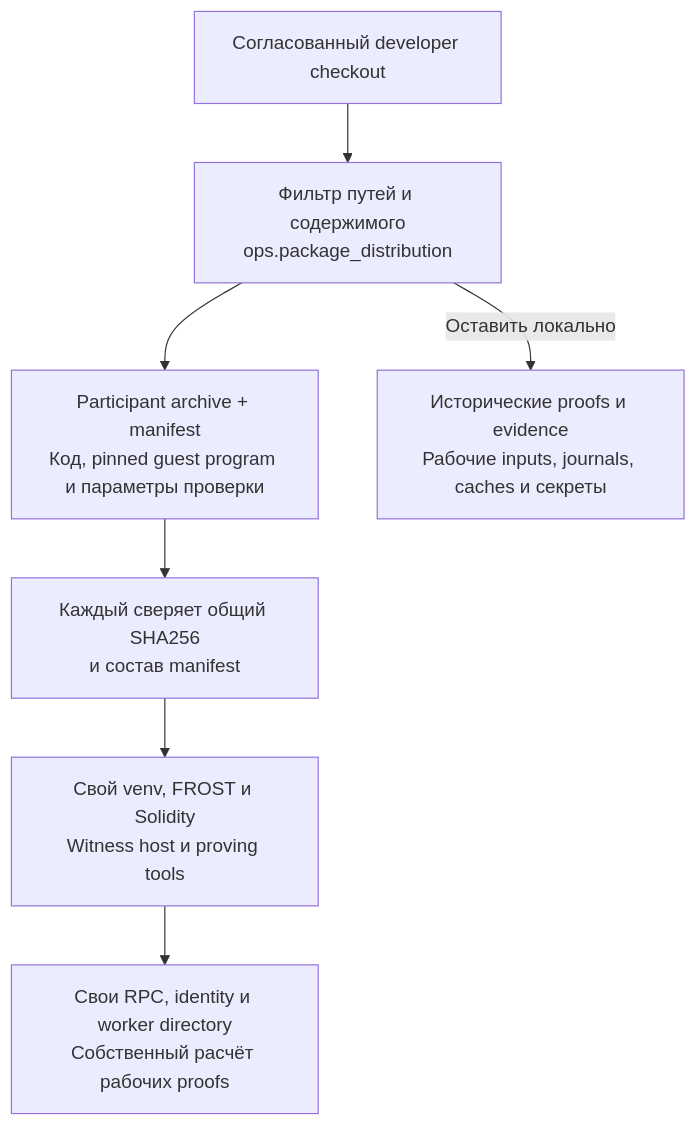
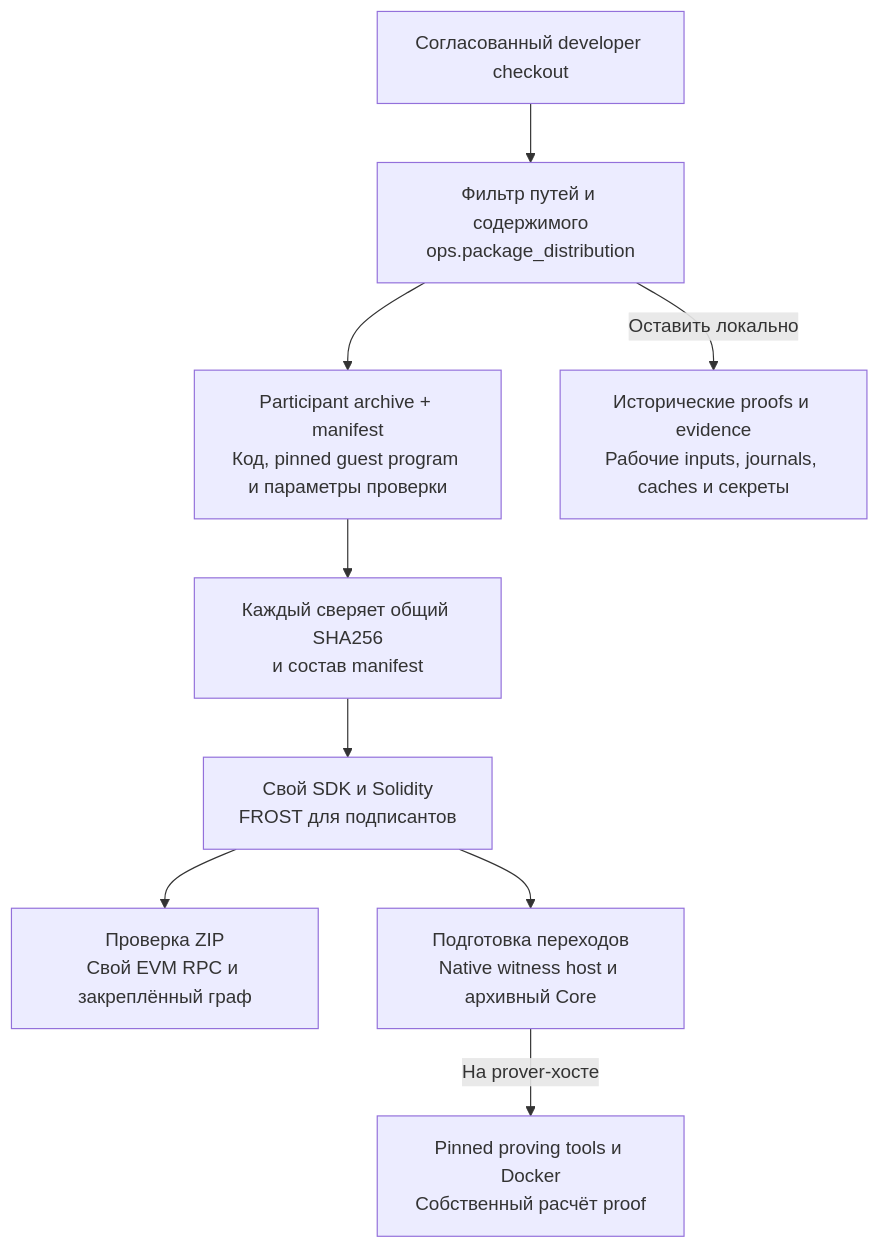
Before and after one commit to SergeyBelets/SatFiSetup: the first of 4 diagrams in docs/DISTRIBUTION.md, drawn with Mermaid. The commit also changed other lines of this file and 3468 other files, not shown here.

````diff
--- a/docs/DISTRIBUTION.md
+++ b/docs/DISTRIBUTION.md
@@ -47,11 +49,13 @@
 ```mermaid
 flowchart TD
   accTitle: Поставка кода без готовых proofs
-  accDescr: Из developer checkout выделяется проверяемый source archive. Готовые proofs, приватные состояния и старые архивы остаются локально; каждый участник собирает хост самостоятельно.
+  accDescr: Участники сверяют исходный архив с кодом и pins. Затем настраивают хост в своей роли. Для проверки ZIP нужен EVM RPC, для подготовки нужен native witness, для proving нужны локальные tools.
   DEV["Согласованный developer checkout"] --> FILTER["Фильтр путей и содержимого<br/>ops.package_distribution"]
   FILTER --> ARCH["Participant archive + manifest<br/>Код, pinned guest program и параметры проверки"]
   FILTER -->|"Оставить локально"| LOCAL["Исторические proofs и evidence<br/>Рабочие inputs, journals, caches и секреты"]
   ARCH --> CHECK["Каждый сверяет общий SHA256<br/>и состав manifest"]
-  CHECK --> BUILD["Свой venv, FROST и Solidity<br/>Witness host и proving tools"]
-  BUILD --> OWN["Свои RPC, identity и worker directory<br/>Собственный расчёт рабочих proofs"]
+  CHECK --> BUILD["Свой SDK и Solidity<br/>FROST для подписантов"]
+  BUILD --> REVIEW["Проверка ZIP<br/>Свой EVM RPC и закреплённый граф"]
+  BUILD --> PREP["Подготовка переходов<br/>Native witness host и архивный Core"]
+  PREP -->|"На prover-хосте"| OWN["Pinned proving tools и Docker<br/>Собственный расчёт proof"]
 ```
````
